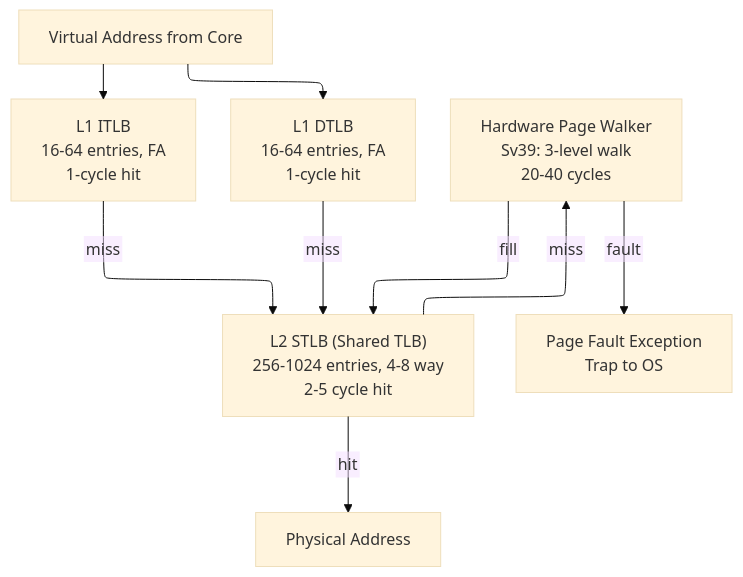
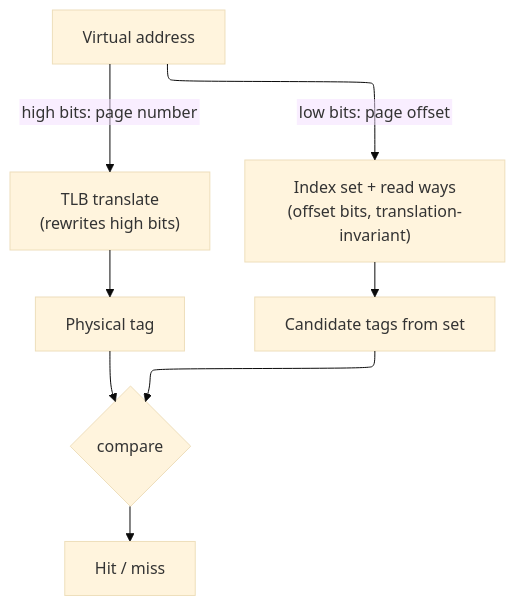
The second of 2 diagrams in 01_Architecture_and_PPA/08_TLB_and_Virtual_Memory.md (Wty2003328/silicon-design-notebook), drawn with Mermaid (base theme) before and after one commit. The commit also changed other lines of this file and 26 other files, not shown here.

Commit message:
Concept-first hard rework checkpoint: Architecture, Fundamentals, Power folders complete (~25 pages reworked)

````diff
--- a/01_Architecture_and_PPA/08_TLB_and_Virtual_Memory.md
+++ b/01_Architecture_and_PPA/08_TLB_and_Virtual_Memory.md
@@ -190,13 +185,12 @@
 ```mermaid
 %%{init: {"flowchart": {"defaultRenderer": "elk", "nodeSpacing": 60, "rankSpacing": 60, "htmlLabels": false}}}%%
 flowchart TD
-    VA["Virtual Address from Core"]
-    VA --> ITLB["L1 ITLB<br/>16-64 entries, FA<br/>1-cycle hit"]
-    VA --> DTLB["L1 DTLB<br/>16-64 entries, FA<br/>1-cycle hit"]
-    ITLB -->|miss| STLB["L2 STLB (Shared TLB)<br/>256-1024 entries, 4-8 way<br/>2-5 cycle hit"]
-    DTLB -->|miss| STLB
-    STLB -->|miss| PW["Hardware Page Walker<br/>Sv39: 3-level walk<br/>20-40 cycles"]
-    STLB -->|hit| PA["Physical Address"]
-    PW -->|fill| STLB
-    PW -->|fault| EXCP["Page Fault Exception<br/>Trap to OS"]
+    VA["Virtual address"]
+    VA -->|high bits: page number| TLB["TLB translate\n(rewrites high bits)"]
+    VA -->|low bits: page offset| IDX["Index set + read ways\n(offset bits, translation-invariant)"]
+    TLB --> PT["Physical tag"]
+    IDX --> CT["Candidate tags from set"]
+    PT --> CMP{"compare"}
+    CT --> CMP
+    CMP --> HM["Hit / miss"]
 ```
````
